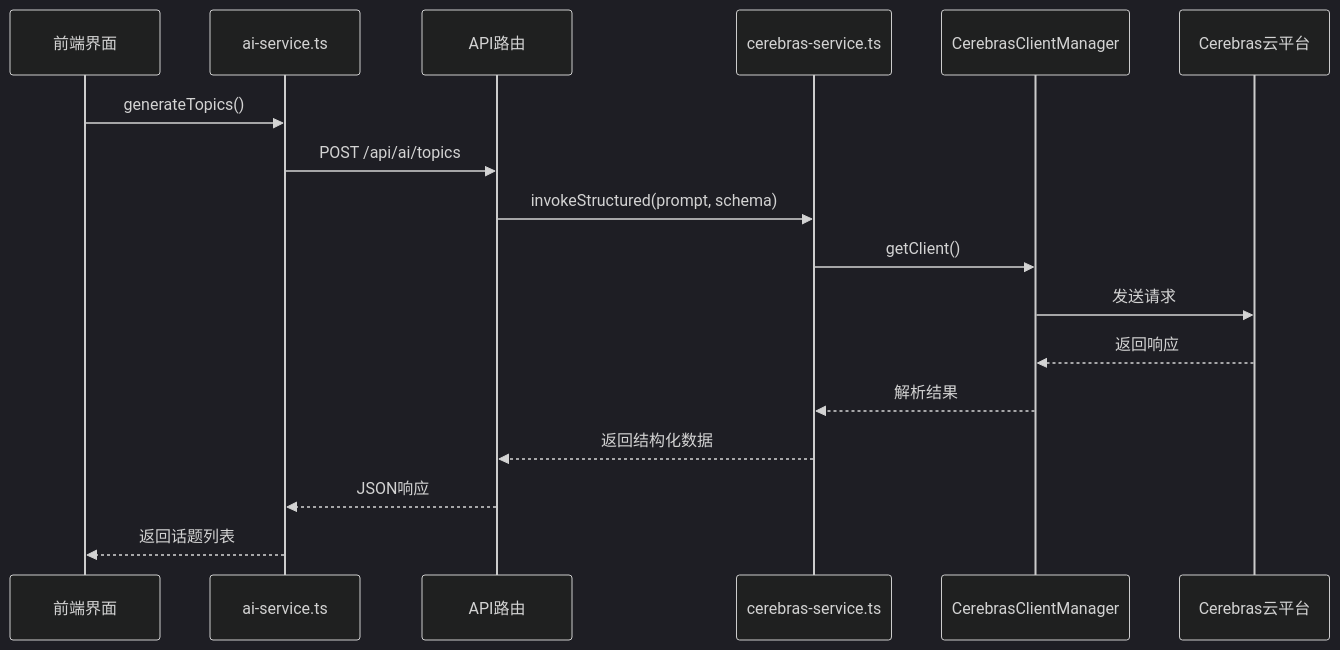
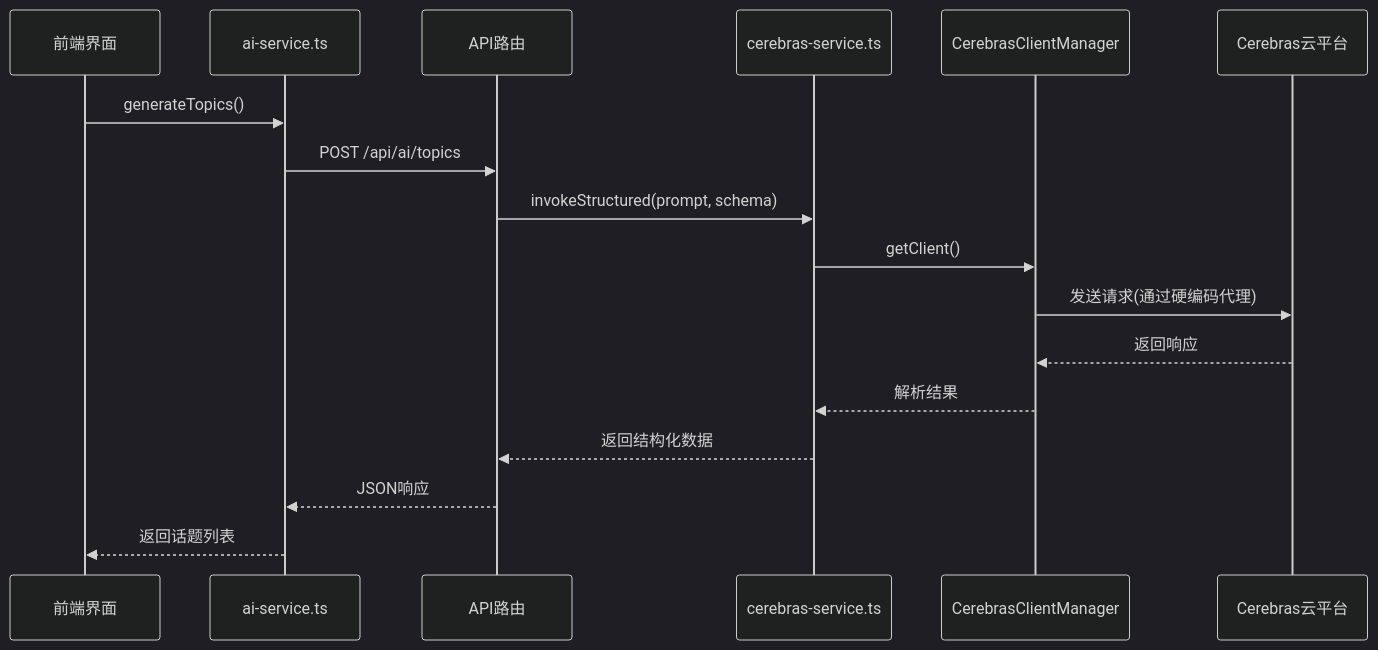
The second of 7 diagrams in .qoder/repowiki/zh/content/核心功能模块/AI内容生成.md (arthurlee116/english-listening-trainer), drawn with Mermaid (dark theme) before and after one commit. The commit also changed other lines of this file and 58 other files, not shown here.

````diff
--- a/.qoder/repowiki/zh/content/核心功能模块/AI内容生成.md
+++ b/.qoder/repowiki/zh/content/核心功能模块/AI内容生成.md
@@ -89,19 +81,19 @@
 ```mermaid
 sequenceDiagram
 participant 前端 as 前端界面
 participant 客户端服务 as ai-service.ts
 participant 服务端路由 as API路由
 participant AI服务 as cerebras-service.ts
 participant 客户端管理器 as CerebrasClientManager
 participant Cerebras云 as Cerebras云平台
 前端->>客户端服务 : generateTopics()
 客户端服务->>服务端路由 : POST /api/ai/topics
 服务端路由->>AI服务 : invokeStructured(prompt, schema)
 AI服务->>客户端管理器 : getClient()
-客户端管理器->>Cerebras云 : 发送请求
+客户端管理器->>Cerebras云 : 发送请求(通过硬编码代理)
 Cerebras云-->>客户端管理器 : 返回响应
 客户端管理器-->>AI服务 : 解析结果
 AI服务-->>服务端路由 : 返回结构化数据
 服务端路由-->>客户端服务 : JSON响应
 客户端服务-->>前端 : 返回话题列表
 ```
````
